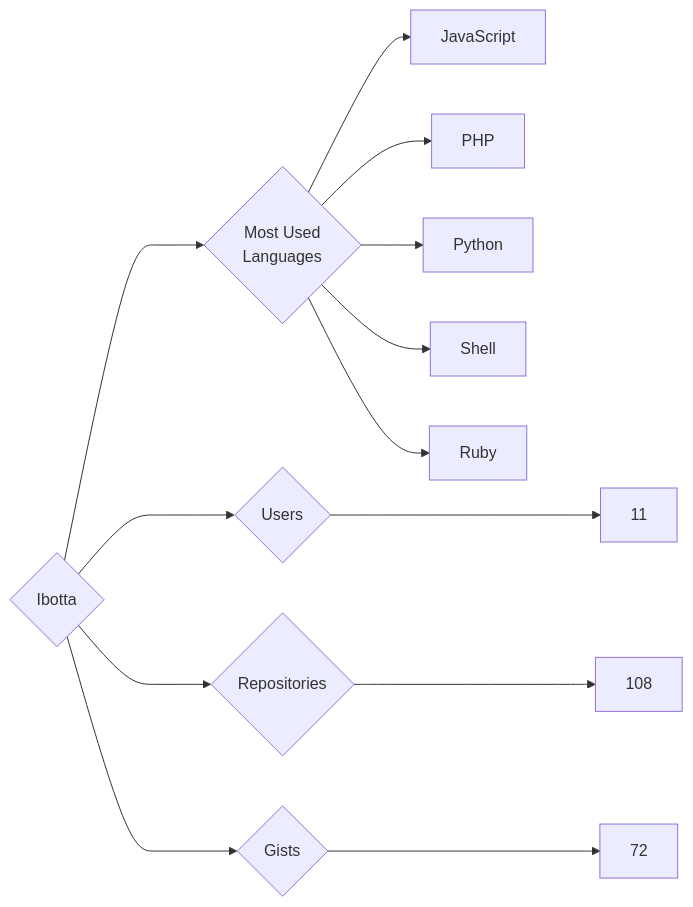
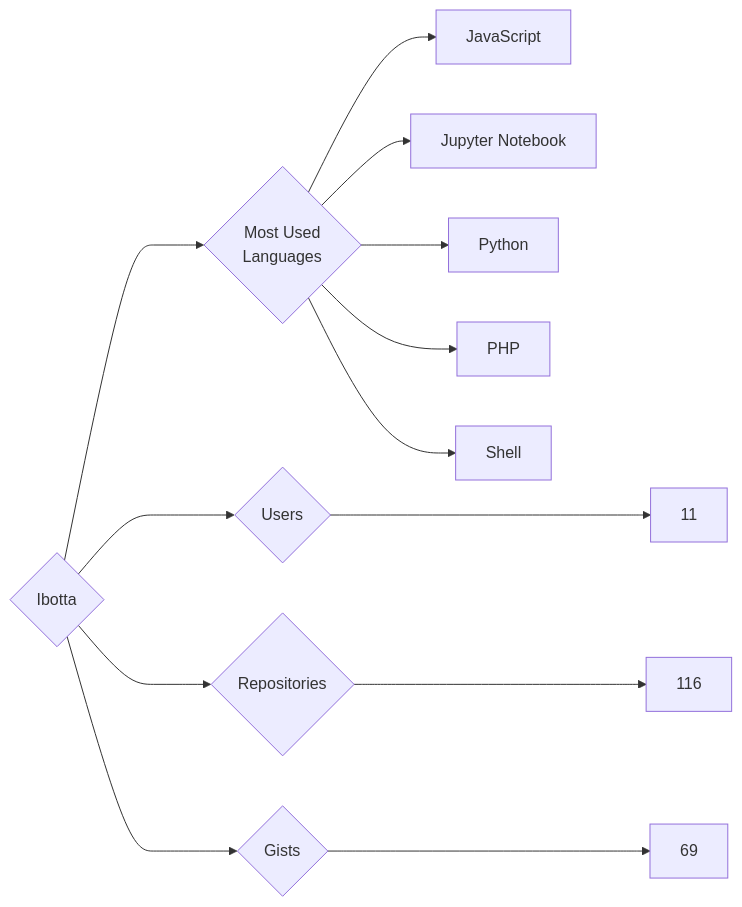
One commit to trickest/insiders changed the diagram in targets/Ibotta/README.md. Above: the diagram before and after it, drawn with Mermaid. The commit also changed 1030 other files, not shown here.

````diff
--- a/targets/Ibotta/README.md
+++ b/targets/Ibotta/README.md
@@ -3,13 +3,13 @@
 ```mermaid
 graph LR
 COMPANY_NAME{Ibotta}
 COMPANY_NAME ---> U{Users} ---> UN[11]
-COMPANY_NAME ---> R{Repositories} ---> RN[108]
-COMPANY_NAME ---> G{Gists} ---> GN[72]
+COMPANY_NAME ---> R{Repositories} ---> RN[116]
+COMPANY_NAME ---> G{Gists} ---> GN[69]
 COMPANY_NAME ---> ML{Most Used<br>Languages}
 ML --> JavaScript[JavaScript]
+ML --> Jupyter_Notebook[Jupyter Notebook]
+ML --> Python[Python]
 ML --> PHP[PHP]
-ML --> Python[Python]
 ML --> Shell[Shell]
-ML --> Ruby[Ruby]
 ```
````
